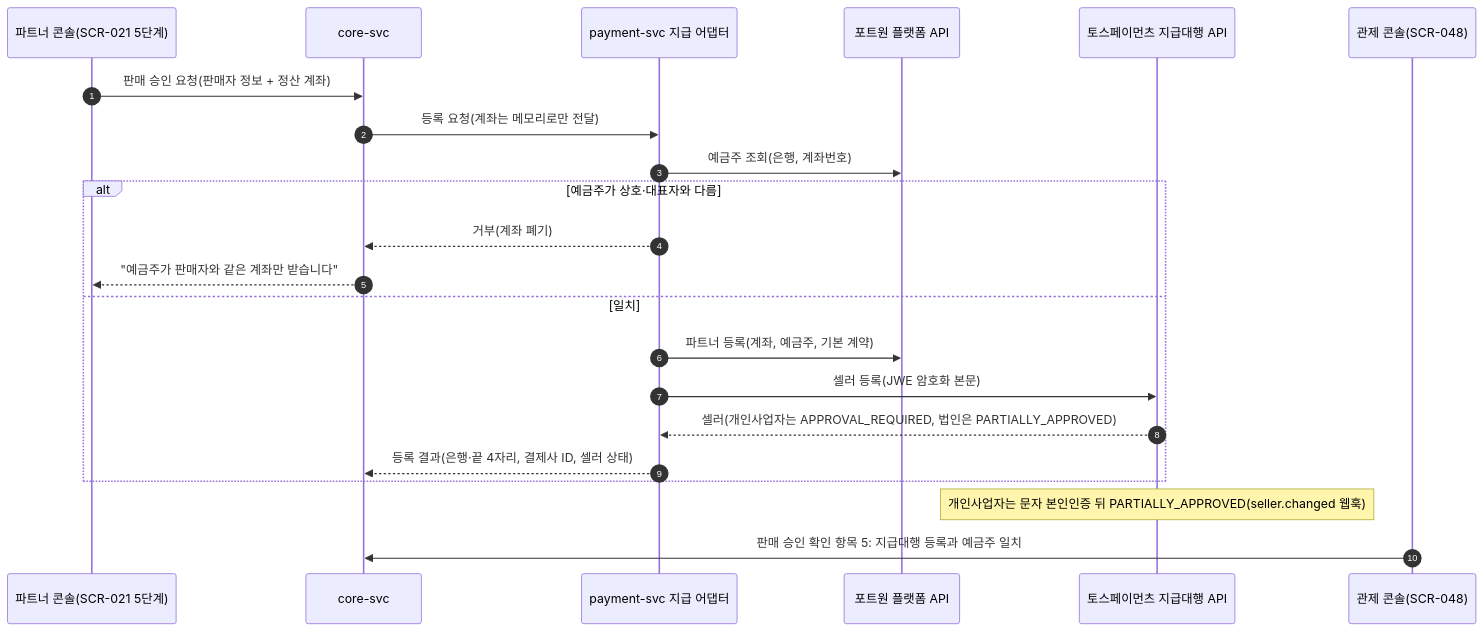
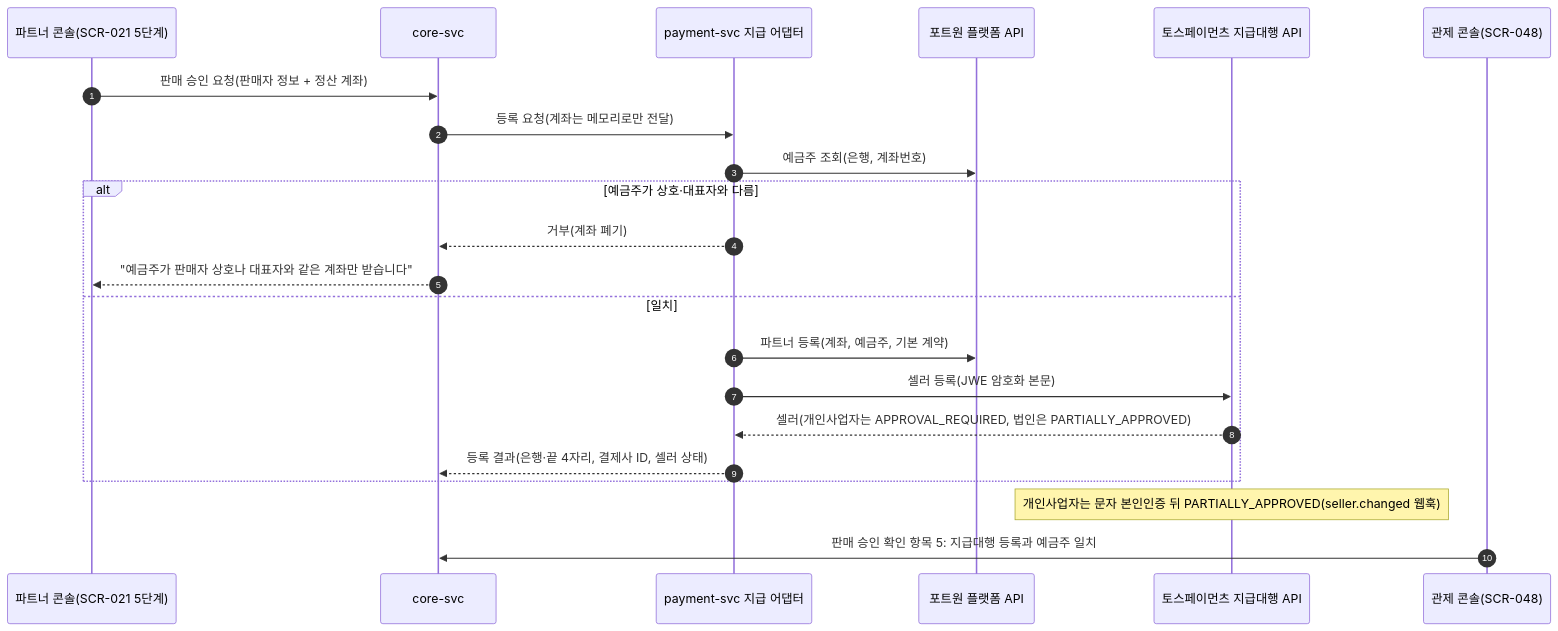
One commit to peaket/peaket changed the second of 3 diagrams in docs/features/settlement.md. Above: the diagram before and after it, drawn with Mermaid. The commit also changed other lines of this file and 85 other files, not shown here.

````diff
--- a/docs/features/settlement.md
+++ b/docs/features/settlement.md
@@ -48,24 +48,24 @@
 ```mermaid
 sequenceDiagram
     autonumber
     participant PA as 파트너 콘솔(SCR-021 5단계)
     participant CORE as core-svc
     participant PAY as payment-svc 지급 어댑터
     participant PO as 포트원 플랫폼 API
     participant TS as 토스페이먼츠 지급대행 API
     participant OC as 관제 콘솔(SCR-048)
     PA->>CORE: 판매 승인 요청(판매자 정보 + 정산 계좌)
     CORE->>PAY: 등록 요청(계좌는 메모리로만 전달)
     PAY->>PO: 예금주 조회(은행, 계좌번호)
     alt 예금주가 상호·대표자와 다름
         PAY-->>CORE: 거부(계좌 폐기)
-        CORE-->>PA: "예금주가 판매자와 같은 계좌만 받습니다"
+        CORE-->>PA: "예금주가 판매자 상호나 대표자와 같은 계좌만 받습니다"
     else 일치
         PAY->>PO: 파트너 등록(계좌, 예금주, 기본 계약)
         PAY->>TS: 셀러 등록(JWE 암호화 본문)
         TS-->>PAY: 셀러(개인사업자는 APPROVAL_REQUIRED, 법인은 PARTIALLY_APPROVED)
         PAY-->>CORE: 등록 결과(은행·끝 4자리, 결제사 ID, 셀러 상태)
     end
     Note over TS: 개인사업자는 문자 본인인증 뒤 PARTIALLY_APPROVED(seller.changed 웹훅)
     OC->>CORE: 판매 승인 확인 항목 5: 지급대행 등록과 예금주 일치
 ```
````
